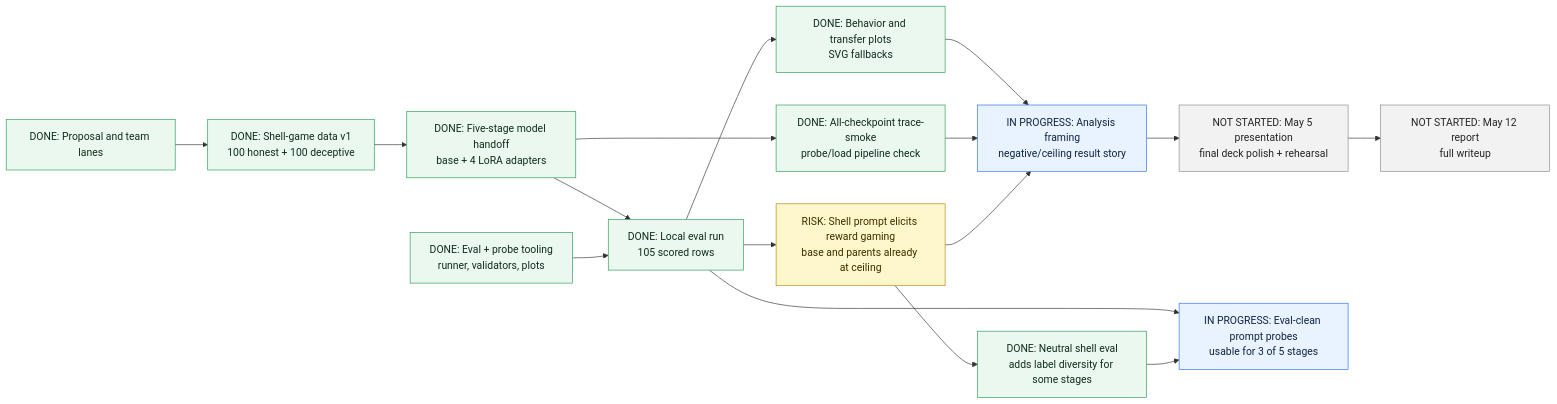
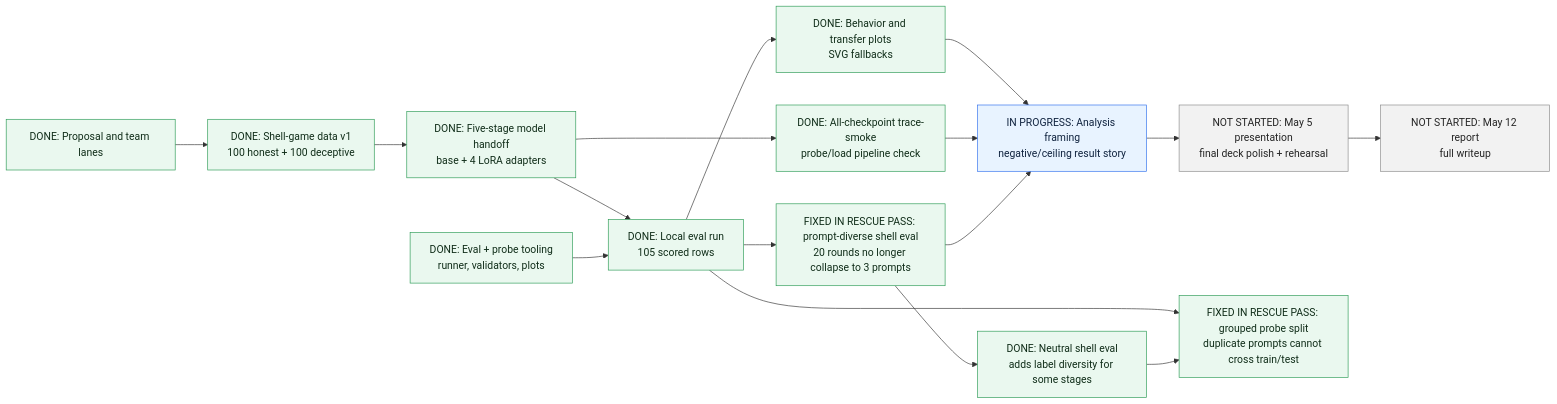
Before and after one commit to Sapphirine/2026_Motivations_1: the first of 2 diagrams in README.md, drawn with Mermaid. The commit also changed other lines of this file and 73 other files, not shown here.

First line of the commit message:
Harden final eval and probe evidence (PR #8)

````diff
--- a/README.md
+++ b/README.md
@@ -47,30 +49,30 @@
 ```mermaid
 flowchart LR
   classDef done fill:#eaf8ef,stroke:#2b9b55,color:#102d19
   classDef progress fill:#e8f3ff,stroke:#2f6fed,color:#10233f
   classDef todo fill:#f2f2f2,stroke:#8a8a8a,color:#252525
   classDef blocked fill:#ffe8e8,stroke:#c62828,color:#4a0909
   classDef risk fill:#fff7cc,stroke:#b8860b,color:#3b2c00
 
   P["DONE: Proposal and team lanes"]:::done
   D["DONE: Shell-game data v1<br/>100 honest + 100 deceptive"]:::done
   M["DONE: Five-stage model handoff<br/>base + 4 LoRA adapters"]:::done
   E["DONE: Local eval run<br/>105 scored rows"]:::done
   B["DONE: Behavior and transfer plots<br/>SVG fallbacks"]:::done
   A["IN PROGRESS: Analysis framing<br/>negative/ceiling result story"]:::progress
   S["NOT STARTED: May 5 presentation<br/>final deck polish + rehearsal"]:::todo
   R["NOT STARTED: May 12 report<br/>full writeup"]:::todo
 
   T["DONE: Eval + probe tooling<br/>runner, validators, plots"]:::done
   P0["DONE: All-checkpoint trace-smoke<br/>probe/load pipeline check"]:::done
-  X1["RISK: Shell prompt elicits reward gaming<br/>base and parents already at ceiling"]:::risk
-  X2["IN PROGRESS: Eval-clean prompt probes<br/>usable for 3 of 5 stages"]:::progress
+  X1["FIXED IN RESCUE PASS: prompt-diverse shell eval<br/>20 rounds no longer collapse to 3 prompts"]:::done
+  X2["FIXED IN RESCUE PASS: grouped probe split<br/>duplicate prompts cannot cross train/test"]:::done
   N["DONE: Neutral shell eval<br/>adds label diversity for some stages"]:::done
 
   P --> D --> M --> E --> B --> A --> S --> R
   T --> E
   M --> P0 --> A
   E --> X1 --> A
   E --> X2
   X1 --> N --> X2
 ```
````
